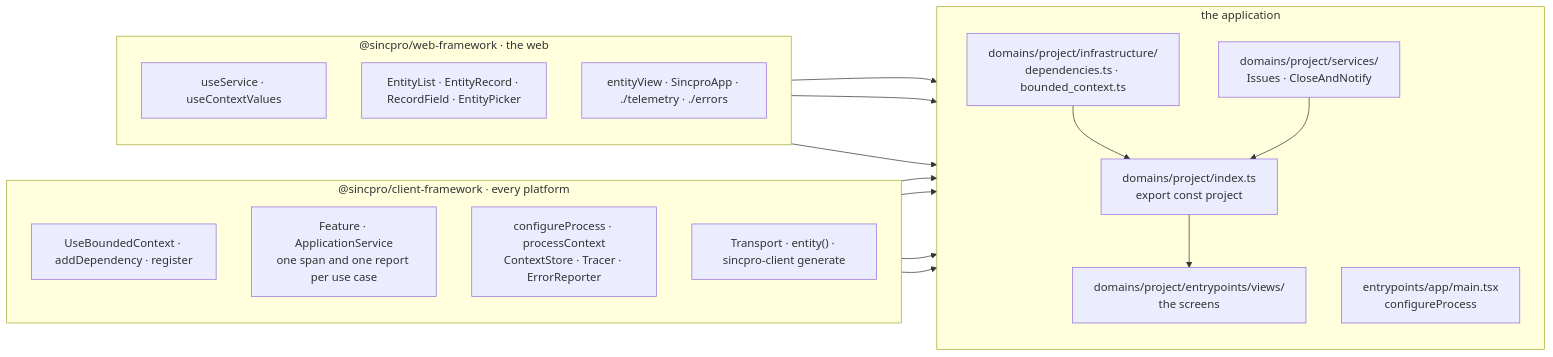
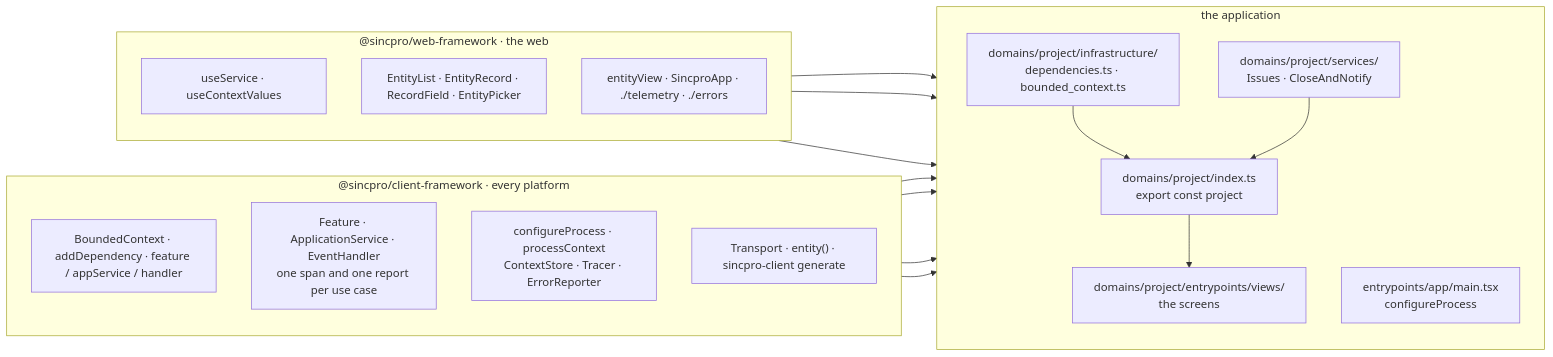
One commit to Sincpro-SRL/sincpro_web_framework changed the diagram in docs/ARCHITECTURE.md. Above: the diagram before and after it, drawn with Mermaid. The commit also changed other lines of this file and 24 other files, not shown here.

````diff
--- a/docs/ARCHITECTURE.md
+++ b/docs/ARCHITECTURE.md
@@ -31,34 +31,34 @@
 ```mermaid
 flowchart LR
   subgraph cf["@sincpro/client-framework · every platform"]
     direction TB
-    cf1["UseBoundedContext · addDependency · register"]
-    cf2["Feature · ApplicationService<br/>one span and one report per use case"]
+    cf1["BoundedContext · addDependency · feature / appService / handler"]
+    cf2["Feature · ApplicationService · EventHandler<br/>one span and one report per use case"]
     cf3["configureProcess · processContext<br/>ContextStore · Tracer · ErrorReporter"]
     cf4["Transport · entity() · sincpro-client generate"]
   end
   subgraph wf["@sincpro/web-framework · the web"]
     direction TB
     wf1["useService · useContextValues"]
     wf2["EntityList · EntityRecord · RecordField · EntityPicker"]
     wf3["entityView · SincproApp · ./telemetry · ./errors"]
   end
   subgraph app["the application"]
     direction TB
     a1["domains/project/infrastructure/<br/>dependencies.ts · bounded_context.ts"]
     a2["domains/project/services/<br/>Issues · CloseAndNotify"]
     a3["domains/project/index.ts<br/>export const project"]
     a4["domains/project/entrypoints/views/<br/>the screens"]
     a5["entrypoints/app/main.tsx<br/>configureProcess"]
   end
   cf1 --> a1
   cf2 --> a2
   cf4 --> a1
   a1 --> a3
   a2 --> a3
   a3 --> a4
   wf1 --> a4
   wf2 --> a4
   cf3 --> a5
   wf3 --> a5
 ```
````
